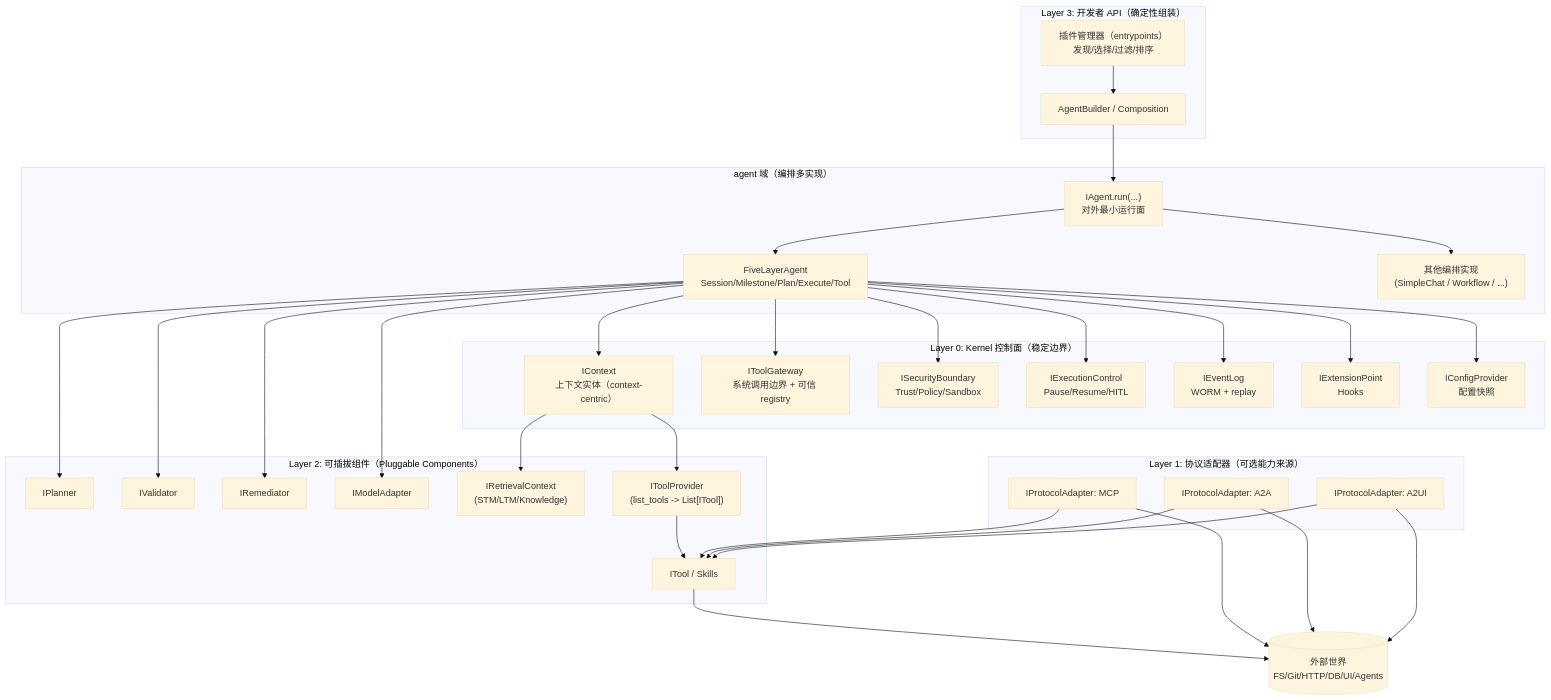
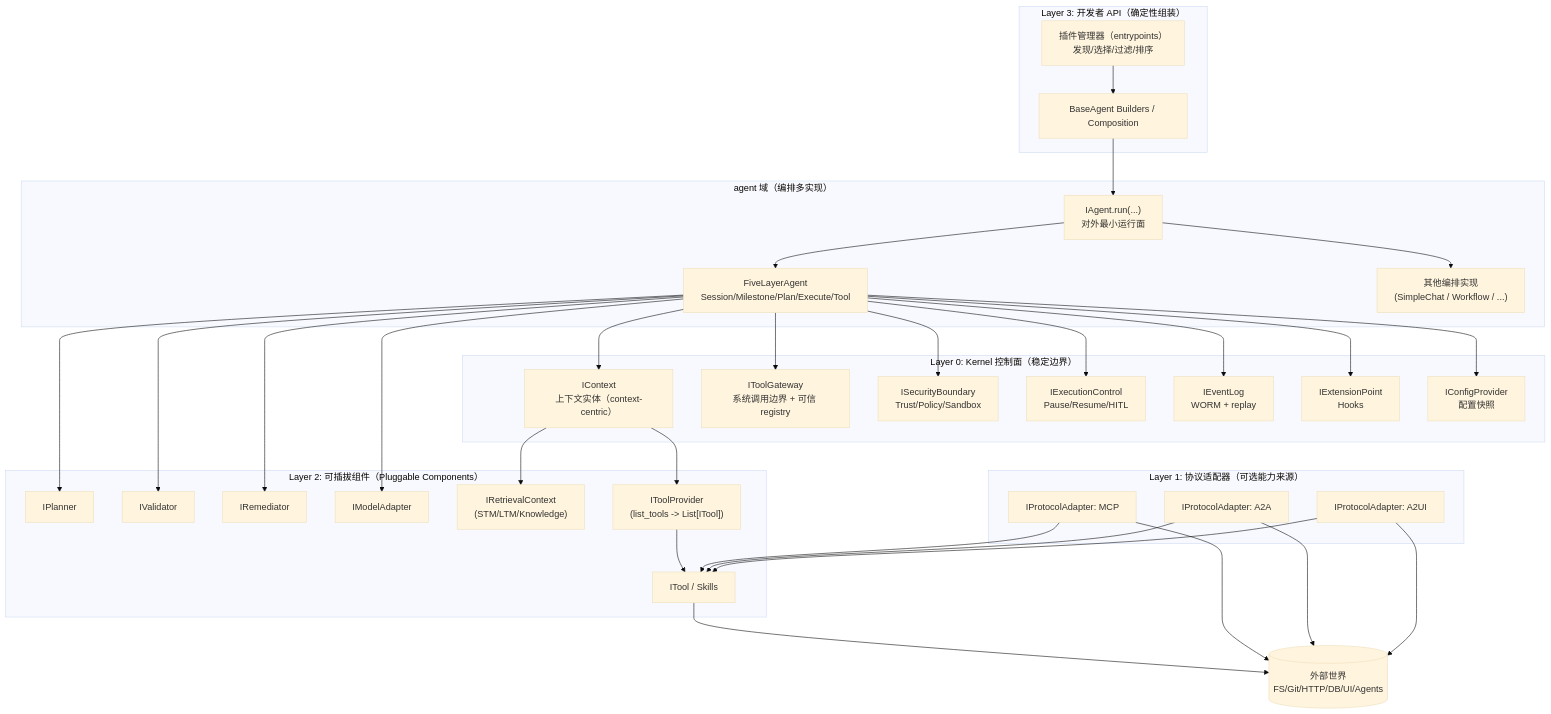
One commit to Ferris0518/Deterministic-Agent-Runtime-Engine changed the first of 2 diagrams in doc/design/Architecture.md. Above: the diagram before and after it, drawn with Mermaid (base theme). The commit also changed 27 other files, not shown here.

````diff
--- a/doc/design/Architecture.md
+++ b/doc/design/Architecture.md
@@ -76,76 +76,76 @@
 ```mermaid
 flowchart TB
   %% Layer 3: Developer API
   subgraph L3["Layer 3: 开发者 API（确定性组装）"]
-    Builder["AgentBuilder / Composition"]
+    Builder["BaseAgent Builders / Composition"]
     Managers["插件管理器（entrypoints）\n发现/选择/过滤/排序"]
   end
 
   %% Agent domain
   subgraph Agent["agent 域（编排多实现）"]
     IAgent["IAgent.run(...)\n对外最小运行面"]
     FiveLayer["FiveLayerAgent\nSession/Milestone/Plan/Execute/Tool"]
     OtherOrch["其他编排实现\n(SimpleChat / Workflow / ...)" ]
   end
 
   %% Kernel control planes
   subgraph L0["Layer 0: Kernel 控制面（稳定边界）"]
     Ctx["IContext\n上下文实体（context-centric）"]
     ToolGW["IToolGateway\n系统调用边界 + 可信 registry"]
     Sec["ISecurityBoundary\nTrust/Policy/Sandbox"]
     ExecCtl["IExecutionControl\nPause/Resume/HITL"]
     Log["IEventLog\nWORM + replay"]
     Hook["IExtensionPoint\nHooks"]
     Cfg["IConfigProvider\n配置快照"]
   end
 
   %% Layer 2: pluggable
   subgraph L2["Layer 2: 可插拔组件（Pluggable Components）"]
     Planner["IPlanner"]
     Validator["IValidator"]
     Remediator["IRemediator"]
     Model["IModelAdapter"]
     Retrieval["IRetrievalContext\n(STM/LTM/Knowledge)"]
     ToolProvider["IToolProvider\n(list_tools -> List[ITool])"]
     Tools["ITool / Skills"]
   end
 
   %% Layer 1: protocol adapters
   subgraph L1["Layer 1: 协议适配器（可选能力来源）"]
     MCP["IProtocolAdapter: MCP"]
     A2A["IProtocolAdapter: A2A"]
     A2UI["IProtocolAdapter: A2UI"]
   end
 
   External[("外部世界\nFS/Git/HTTP/DB/UI/Agents")]
 
   Managers --> Builder
   Builder --> IAgent
   IAgent --> FiveLayer
   IAgent --> OtherOrch
 
   FiveLayer --> Ctx
   FiveLayer --> Planner
   FiveLayer --> Validator
   FiveLayer --> Remediator
   FiveLayer --> Model
   FiveLayer --> ToolGW
   FiveLayer --> Sec
   FiveLayer --> ExecCtl
   FiveLayer --> Log
   FiveLayer --> Hook
   FiveLayer --> Cfg
 
   Ctx --> Retrieval
   Ctx --> ToolProvider
 
   ToolProvider --> Tools
   MCP --> Tools
   A2A --> Tools
   A2UI --> Tools
 
   Tools --> External
   MCP --> External
   A2A --> External
   A2UI --> External
 ```
````
